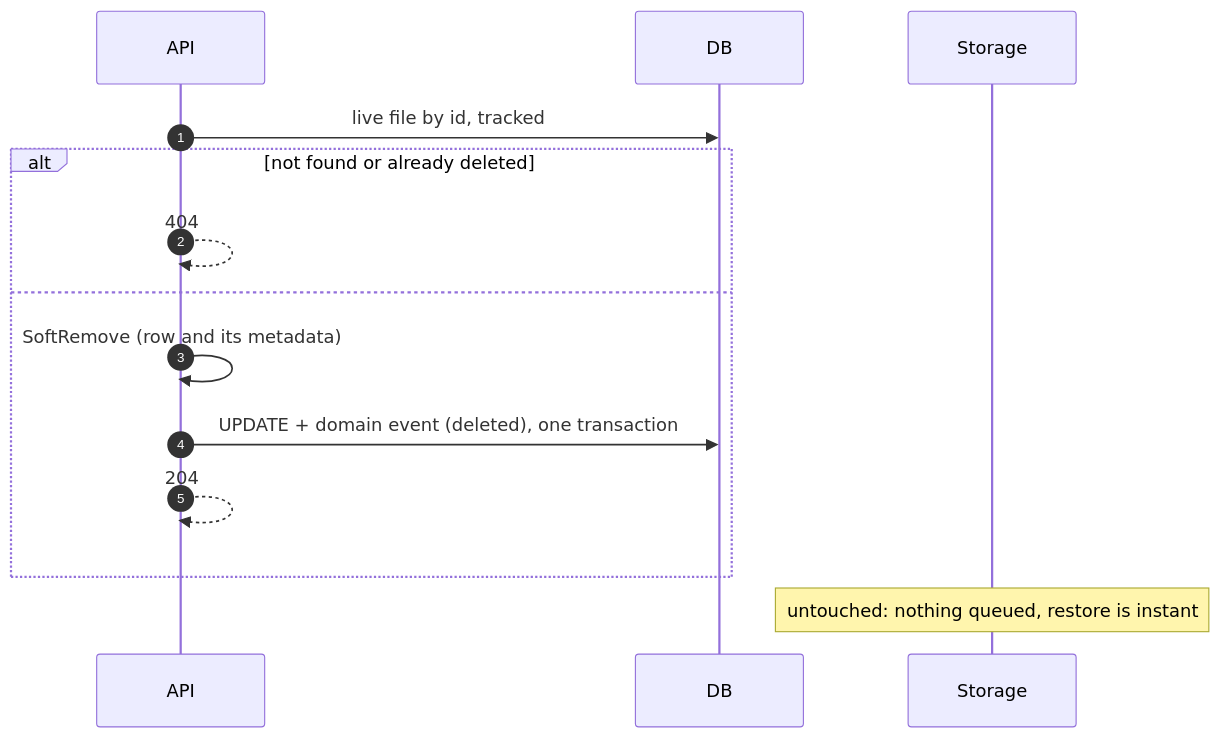
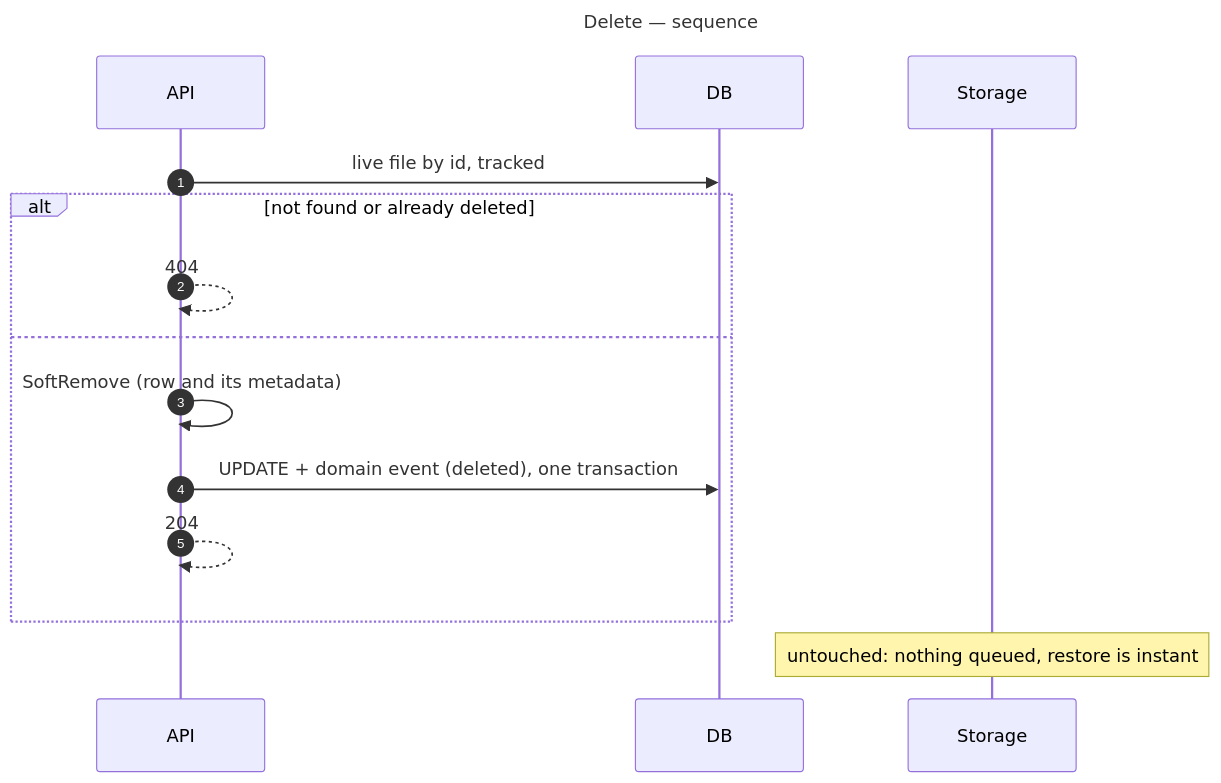
Before and after one commit to gmetskhvarishvili/GM.FileStorage.Samples: the eighth of 14 diagrams in docs/sequence-diagrams.md, drawn with Mermaid. The commit also changed other lines of this file and 7 other files, not shown here.

First line of the commit message:
docs: name every diagram "subject — kind" and index them

````diff
--- a/docs/sequence-diagrams.md
+++ b/docs/sequence-diagrams.md
@@ -248,17 +267,20 @@
 ```mermaid
+---
+title: Delete — sequence
+---
 sequenceDiagram
     autonumber
     participant API
     participant DB
     participant S as Storage
 
     API->>DB: live file by id, tracked
     alt not found or already deleted
         API-->>API: 404
     else
         API->>API: SoftRemove (row and its metadata)
         API->>DB: UPDATE + domain event (deleted), one transaction
         API-->>API: 204
     end
     Note over S: untouched: nothing queued, restore is instant
 ```
````
